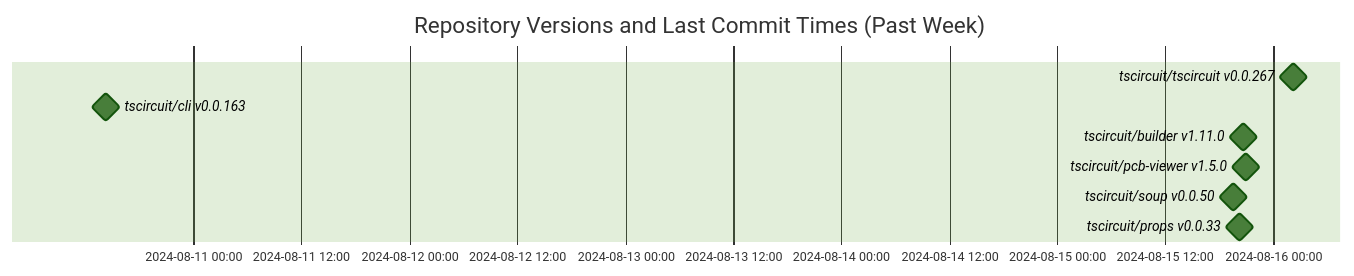
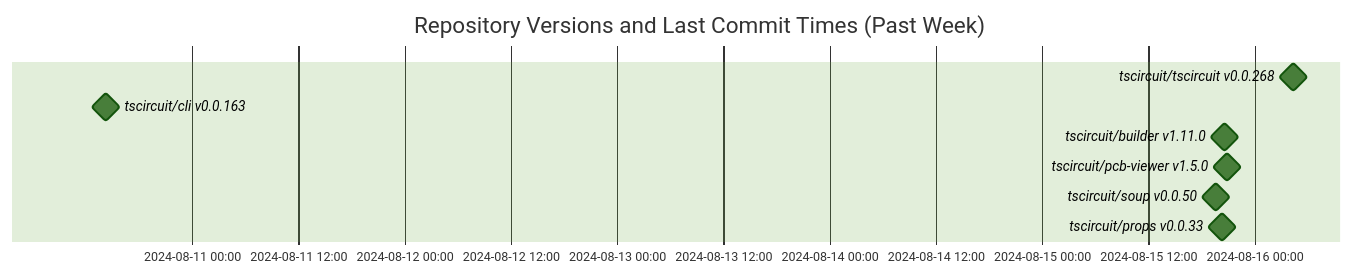
Before and after one commit to tscircuit/version-tracker: the diagram in README.md, drawn with Mermaid (forest theme).

Commit message:
Update chart

````diff
--- a/README.md
+++ b/README.md
@@ -1,13 +1,13 @@
 ```mermaid
 gantt
   dateFormat  YYYY-MM-DD HH:mm:ss
   title Repository Versions and Last Commit Times (Past Week)
   axisFormat %Y-%m-%d %H:%M
 
-  tscircuit/tscircuit v0.0.267 : milestone, 2024-08-16 02:14:35, 1s
+  tscircuit/tscircuit v0.0.268 : milestone, 2024-08-16 04:24:22, 1s
   tscircuit/cli v0.0.163 : milestone, 2024-08-10 14:15:28, 1s
   tscircuit/builder v1.11.0 : milestone, 2024-08-15 20:38:45, 1s
   tscircuit/pcb-viewer v1.5.0 : milestone, 2024-08-15 20:55:08, 1s
   tscircuit/soup v0.0.50 : milestone, 2024-08-15 19:36:27, 1s
   tscircuit/props v0.0.33 : milestone, 2024-08-15 20:18:33, 1s
 ```
````
